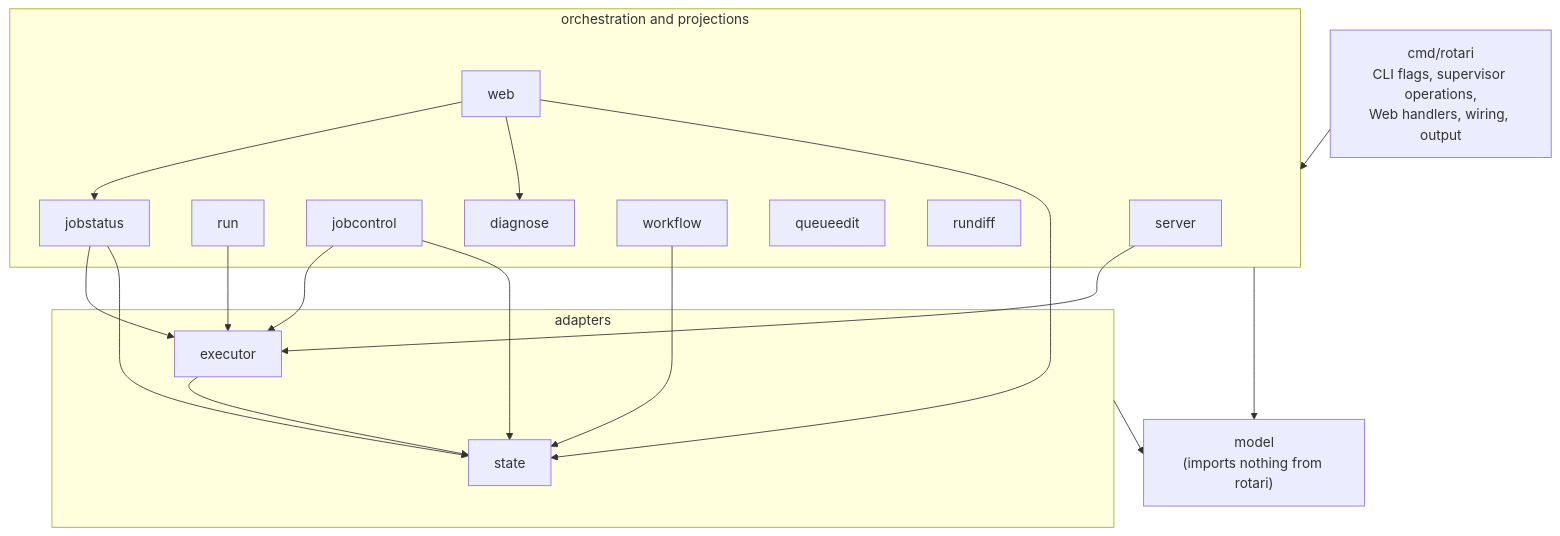
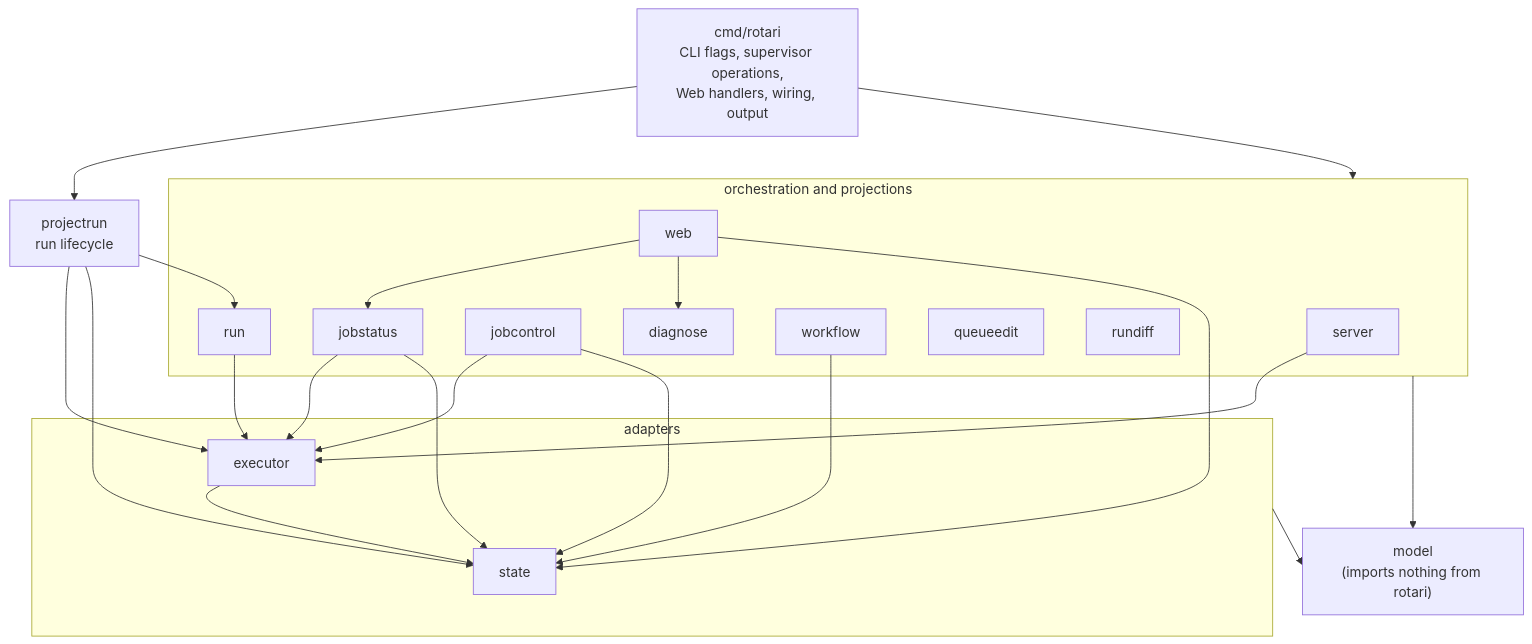
One commit to kamo-naoyuki/rotari changed the second of 2 diagrams in docs/ARCHITECTURE.md. Above: the diagram before and after it, drawn with Mermaid. The commit also changed other lines of this file and 21 other files, not shown here.

````diff
--- a/docs/ARCHITECTURE.md
+++ b/docs/ARCHITECTURE.md
@@ -74,35 +96,40 @@
 ```mermaid
 flowchart TB
   cmd["cmd/rotari<br/>CLI flags, supervisor operations,<br/>Web handlers, wiring, output"]
+  projectrun["projectrun<br/>run lifecycle"]
   subgraph l2["orchestration and projections"]
     server
     run
     jobcontrol
     web
     jobstatus
     workflow
     queueedit
     rundiff
     diagnose
   end
   subgraph l1["adapters"]
     executor
     state
   end
   model["model<br/>(imports nothing from rotari)"]
 
+  cmd --> projectrun
   cmd --> l2
+  projectrun --> run
+  projectrun --> executor
+  projectrun --> state
   server --> executor
   run --> executor
   jobcontrol --> executor
   jobcontrol --> state
   web --> jobstatus
   web --> diagnose
   web --> state
   jobstatus --> executor
   jobstatus --> state
   workflow --> state
   executor --> state
   l1 --> model
   l2 --> model
 ```
````
